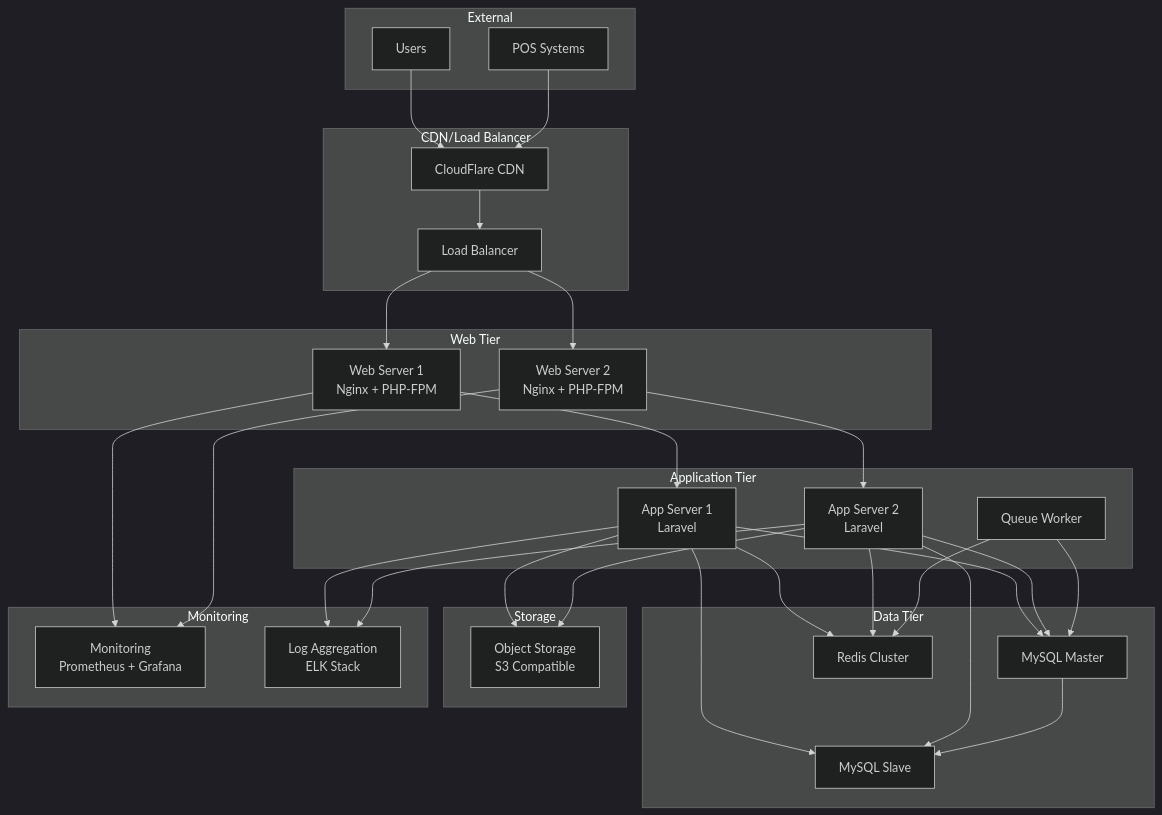
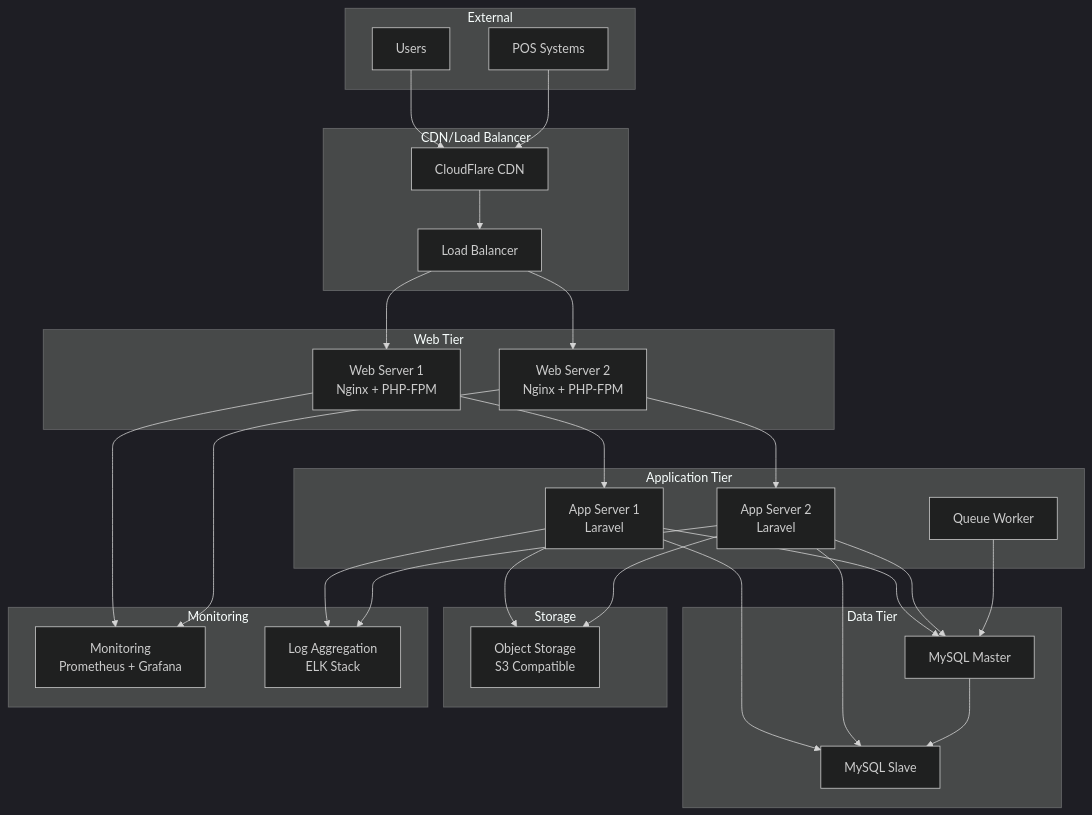
The diagram in .claude/01_development_docs/12_infrastructure_deployment_design.md (MEDIA-NETWORK-JAPAN/Mobile-Order), drawn with Mermaid (dark theme) before and after one commit. The commit also changed other lines of this file and 39 other files, not shown here.

````diff
--- a/.claude/01_development_docs/12_infrastructure_deployment_design.md
+++ b/.claude/01_development_docs/12_infrastructure_deployment_design.md
@@ -143,62 +180,62 @@
 ```mermaid
 graph TB
     subgraph "External"
         U[Users]
         POS[POS Systems]
     end
     
     subgraph "CDN/Load Balancer"
         CDN[CloudFlare CDN]
         LB[Load Balancer]
     end
     
     subgraph "Web Tier"
         WEB1[Web Server 1<br/>Nginx + PHP-FPM]
         WEB2[Web Server 2<br/>Nginx + PHP-FPM]
     end
     
     subgraph "Application Tier"
         APP1[App Server 1<br/>Laravel]
         APP2[App Server 2<br/>Laravel]
         QUEUE[Queue Worker]
     end
     
     subgraph "Data Tier"
         DB_MASTER[MySQL Master]
         DB_SLAVE[MySQL Slave]
-        REDIS[Redis Cluster]
+        %% REDIS[Redis Cluster] - 使用しないためコメントアウト
     end
     
     subgraph "Storage"
         S3[Object Storage<br/>S3 Compatible]
     end
     
     subgraph "Monitoring"
         MONITOR[Monitoring<br/>Prometheus + Grafana]
         LOG[Log Aggregation<br/>ELK Stack]
     end
     
     U --> CDN
     POS --> CDN
     CDN --> LB
     LB --> WEB1
     LB --> WEB2
     WEB1 --> APP1
     WEB2 --> APP2
     APP1 --> DB_MASTER
     APP2 --> DB_MASTER
     APP1 --> DB_SLAVE
     APP2 --> DB_SLAVE
-    APP1 --> REDIS
-    APP2 --> REDIS
+    %% APP1 --> REDIS - Redis使用しないためコメントアウト
+    %% APP2 --> REDIS - Redis使用しないためコメントアウト
     QUEUE --> DB_MASTER
-    QUEUE --> REDIS
+    %% QUEUE --> REDIS - Redis使用しないためコメントアウト
     APP1 --> S3
     APP2 --> S3
     DB_MASTER --> DB_SLAVE
     
     WEB1 --> MONITOR
     WEB2 --> MONITOR
     APP1 --> LOG
     APP2 --> LOG
 ```
````
